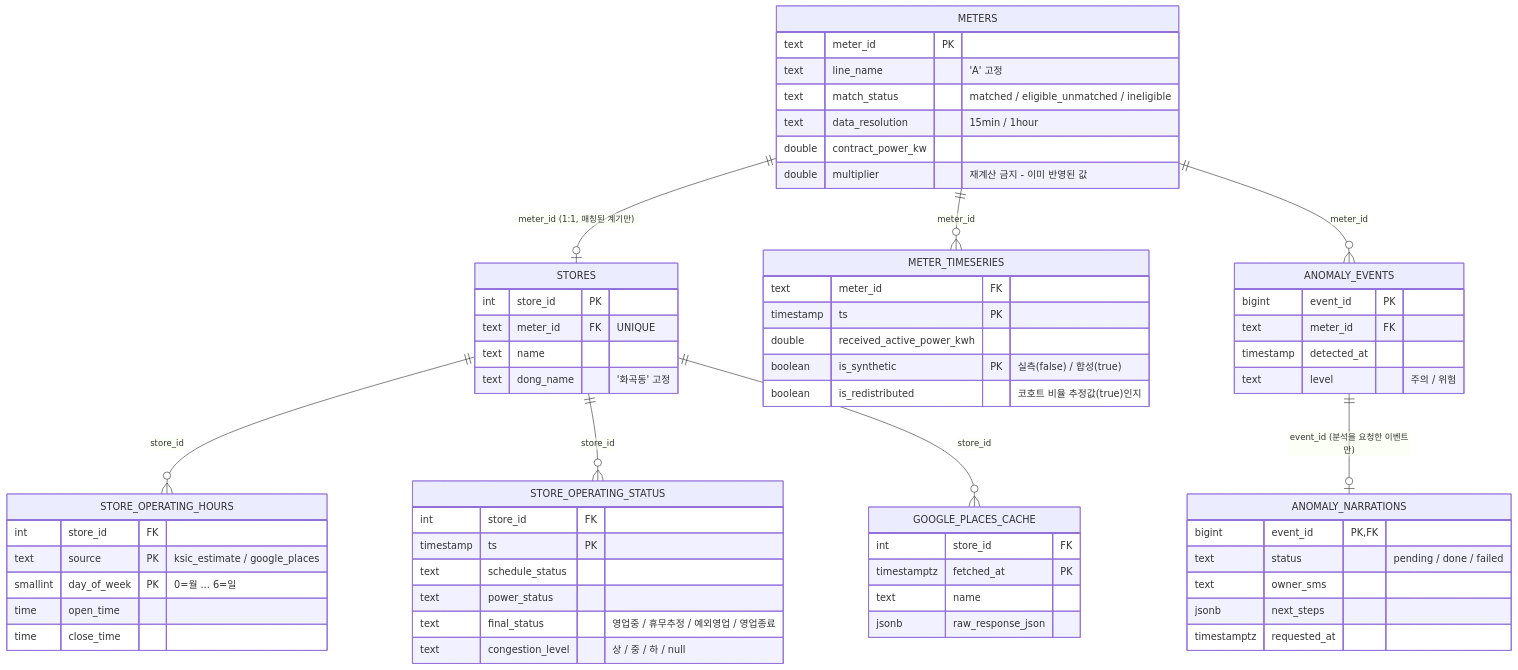
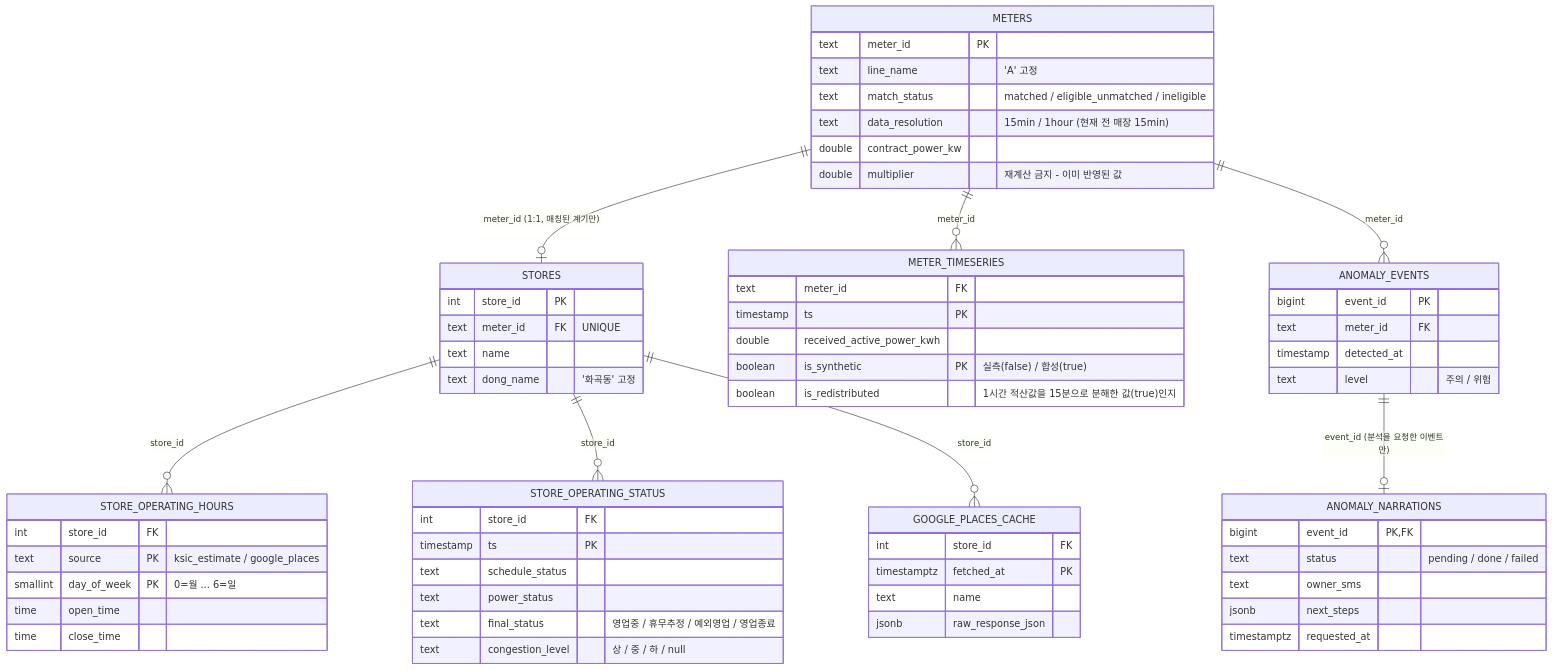
One commit to CloakingGhost/kepco-ami changed the diagram in docs/SCHEMA.md. Above: the diagram before and after it, drawn with Mermaid. The commit also changed other lines of this file and 16 other files, not shown here.

````diff
--- a/docs/SCHEMA.md
+++ b/docs/SCHEMA.md
@@ -64,66 +64,66 @@
 ```mermaid
 erDiagram
     METERS ||--o| STORES : "meter_id (1:1, 매칭된 계기만)"
     METERS ||--o{ METER_TIMESERIES : "meter_id"
     METERS ||--o{ ANOMALY_EVENTS : "meter_id"
     STORES ||--o{ STORE_OPERATING_HOURS : "store_id"
     STORES ||--o{ STORE_OPERATING_STATUS : "store_id"
     STORES ||--o{ GOOGLE_PLACES_CACHE : "store_id"
 
     METERS {
         text meter_id PK
         text line_name "'A' 고정"
         text match_status "matched / eligible_unmatched / ineligible"
-        text data_resolution "15min / 1hour"
+        text data_resolution "15min / 1hour (현재 전 매장 15min)"
         double contract_power_kw
         double multiplier "재계산 금지 - 이미 반영된 값"
     }
     METER_TIMESERIES {
         text meter_id FK
         timestamp ts PK
         double received_active_power_kwh
         boolean is_synthetic PK "실측(false) / 합성(true)"
-        boolean is_redistributed "코호트 비율 추정값(true)인지"
+        boolean is_redistributed "1시간 적산값을 15분으로 분해한 값(true)인지"
     }
     STORES {
         int store_id PK
         text meter_id FK "UNIQUE"
         text name
         text dong_name "'화곡동' 고정"
     }
     STORE_OPERATING_HOURS {
         int store_id FK
         text source PK "ksic_estimate / google_places"
         smallint day_of_week PK "0=월 ... 6=일"
         time open_time
         time close_time
     }
     STORE_OPERATING_STATUS {
         int store_id FK
         timestamp ts PK
         text schedule_status
         text power_status
         text final_status "영업중 / 휴무추정 / 예외영업 / 영업종료"
         text congestion_level "상 / 중 / 하 / null"
     }
     ANOMALY_EVENTS {
         bigint event_id PK
         text meter_id FK
         timestamp detected_at
         text level "주의 / 위험"
     }
     ANOMALY_EVENTS ||--o| ANOMALY_NARRATIONS : "event_id (분석을 요청한 이벤트만)"
     ANOMALY_NARRATIONS {
         bigint event_id PK, FK
         text status "pending / done / failed"
         text owner_sms
         jsonb next_steps
         timestamptz requested_at
     }
     GOOGLE_PLACES_CACHE {
         int store_id FK
         timestamptz fetched_at PK
         text name
         jsonb raw_response_json
     }
 ```
````
